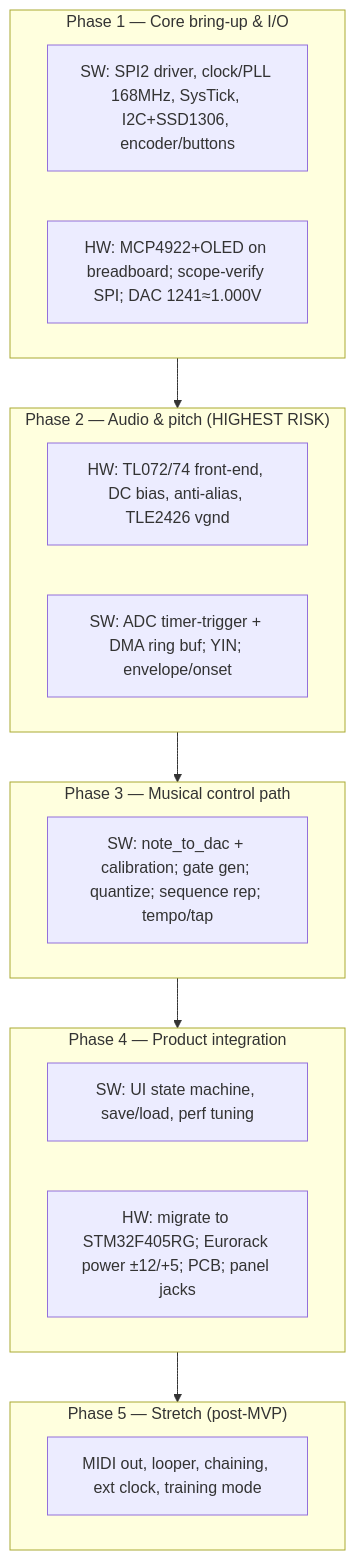
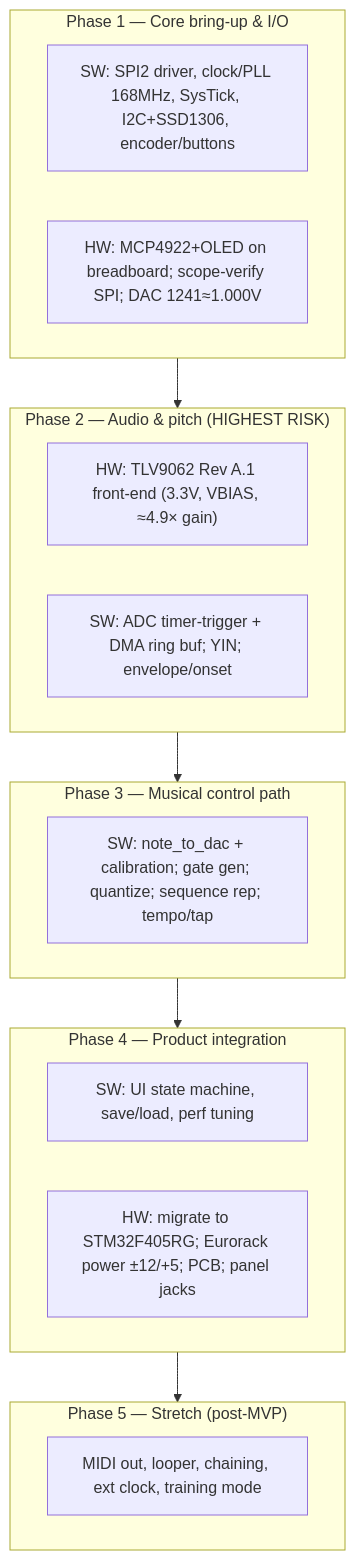
The third of 3 diagrams in docs/roadmap.md (WizardInDminor/guitar-cv), drawn with Mermaid before and after one commit. The commit also changed other lines of this file and 17 other files, not shown here.

````diff
--- a/docs/roadmap.md
+++ b/docs/roadmap.md
@@ -90,22 +103,22 @@
 ```mermaid
 flowchart TB
     subgraph P1["Phase 1 — Core bring-up & I/O"]
         P1a["SW: SPI2 driver, clock/PLL 168MHz, SysTick, I2C+SSD1306, encoder/buttons"]
         P1b["HW: MCP4922+OLED on breadboard; scope-verify SPI; DAC 1241≈1.000V"]
     end
     subgraph P2["Phase 2 — Audio & pitch (HIGHEST RISK)"]
-        P2a["HW: TL072/74 front-end, DC bias, anti-alias, TLE2426 vgnd"]
+        P2a["HW: TLV9062 Rev A.1 front-end (3.3V, VBIAS, ≈4.9× gain)"]
         P2b["SW: ADC timer-trigger + DMA ring buf; YIN; envelope/onset"]
     end
     subgraph P3["Phase 3 — Musical control path"]
         P3a["SW: note_to_dac + calibration; gate gen; quantize; sequence rep; tempo/tap"]
     end
     subgraph P4["Phase 4 — Product integration"]
         P4a["SW: UI state machine, save/load, perf tuning"]
         P4b["HW: migrate to STM32F405RG; Eurorack power ±12/+5; PCB; panel jacks"]
     end
     subgraph P5["Phase 5 — Stretch (post-MVP)"]
         P5a["MIDI out, looper, chaining, ext clock, training mode"]
     end
     P1 --> P2 --> P3 --> P4 --> P5
 ```
````
